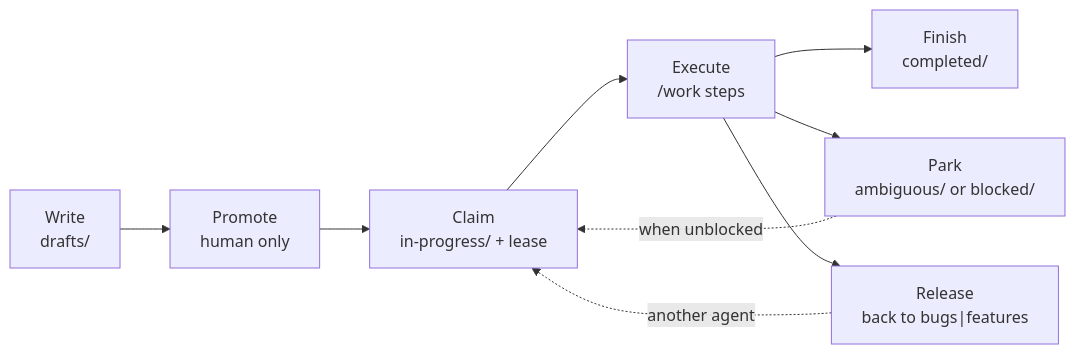
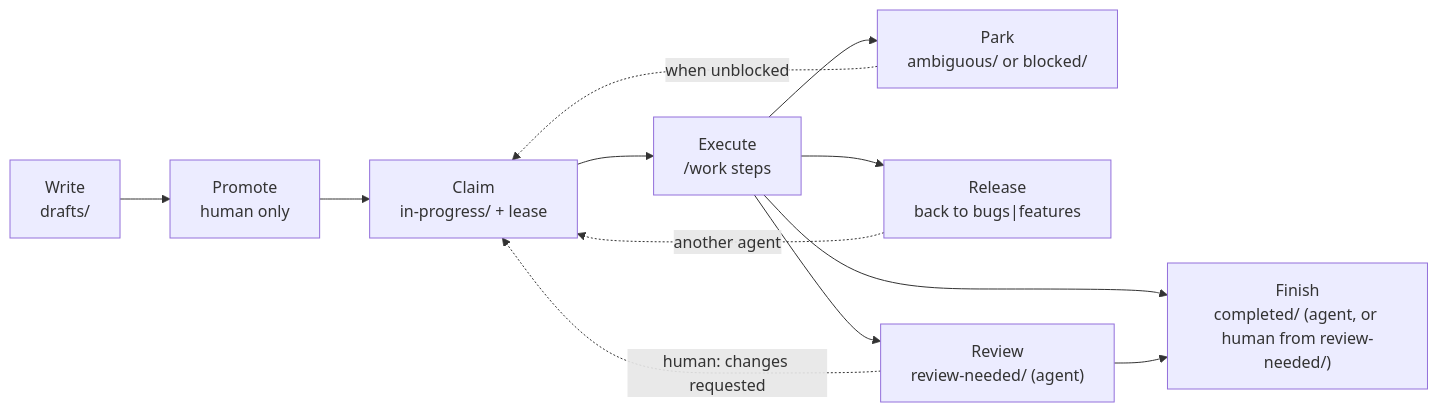
Before and after one commit to carefreeinv/anchor: the second of 2 diagrams in docs/docs/skills/work.md, drawn with Mermaid. The commit also changed other lines of this file and 13 other files, not shown here.

First line of the commit message:
Add review-needed lane for human sign-off before completion

````diff
--- a/docs/docs/skills/work.md
+++ b/docs/docs/skills/work.md
@@ -91,19 +96,23 @@
 ```mermaid
 flowchart LR
   write["Write<br/>drafts/"]
   promote["Promote<br/>human only"]
   claim["Claim<br/>in-progress/ + lease"]
   exec["Execute<br/>/work steps"]
   park["Park<br/>ambiguous/ or blocked/"]
   release["Release<br/>back to bugs|features"]
-  finish["Finish<br/>completed/"]
+  review["Review<br/>review-needed/ (agent)"]
+  finish["Finish<br/>completed/ (agent, or human from review-needed/)"]
 
   write --> promote
   promote --> claim
   claim --> exec
   exec --> finish
+  exec --> review
   exec --> park
   exec --> release
+  review --> finish
+  review -.->|"human: changes requested"| claim
   park -.->|"when unblocked"| claim
   release -.->|"another agent"| claim
 ```
````
